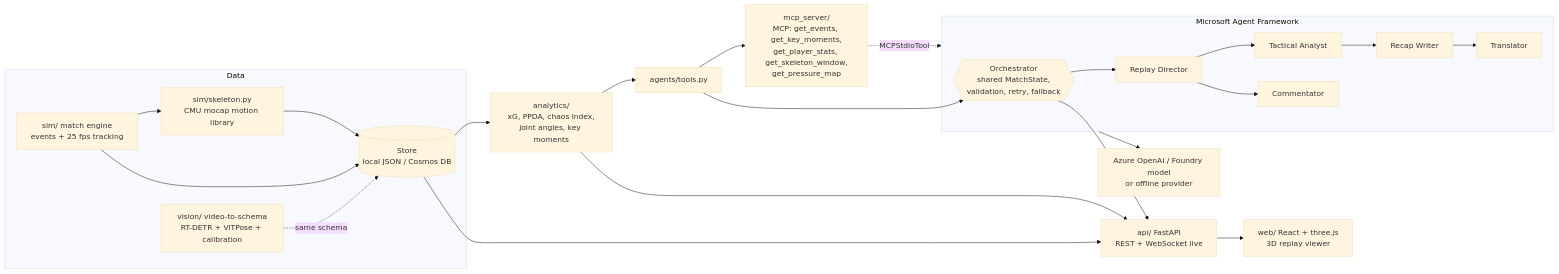
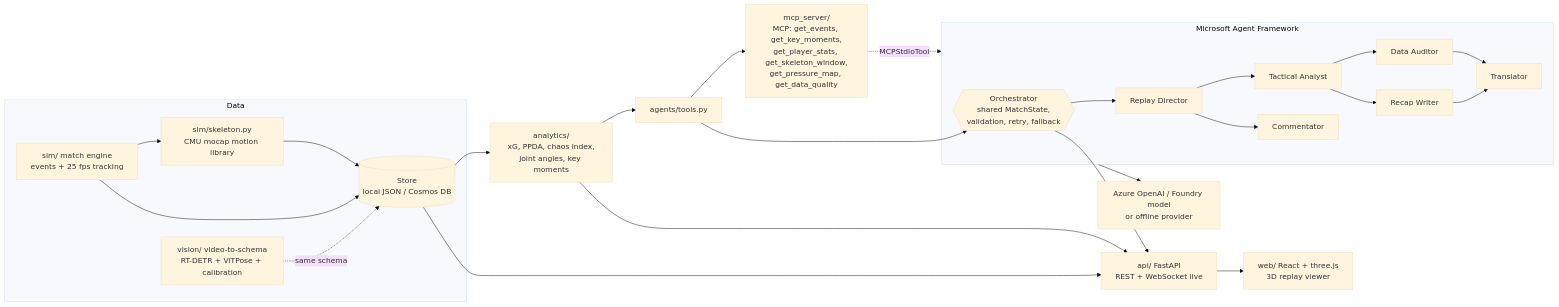
One commit to conradgarnett/microsoft-premier-league changed the diagram in README.md. Above: the diagram before and after it, drawn with Mermaid (base theme). The commit also changed other lines of this file and 9 other files, not shown here.

First line of the commit message:
Add a Data Auditor agent: provenance and coverage behind every match's claims

````diff
--- a/README.md
+++ b/README.md
@@ -31,27 +31,29 @@
 ```mermaid
 flowchart LR
   subgraph Data
     SIM[sim/ match engine<br/>events + 25 fps tracking] --> SKEL[sim/skeleton.py<br/>CMU mocap motion library]
     VID[vision/ video-to-schema<br/>RT-DETR + ViTPose + calibration] -.same schema.-> STORE
     SIM --> STORE[(Store<br/>local JSON / Cosmos DB)]
     SKEL --> STORE
   end
   STORE --> AN[analytics/<br/>xG, PPDA, chaos index,<br/>joint angles, key moments]
   AN --> TOOLS[agents/tools.py]
-  TOOLS --> MCP[mcp_server/<br/>MCP: get_events, get_key_moments,<br/>get_player_stats, get_skeleton_window,<br/>get_pressure_map]
+  TOOLS --> MCP[mcp_server/<br/>MCP: get_events, get_key_moments,<br/>get_player_stats, get_skeleton_window,<br/>get_pressure_map, get_data_quality]
   subgraph Agents [Microsoft Agent Framework]
     ORC{{Orchestrator<br/>shared MatchState,<br/>validation, retry, fallback}}
     ORC --> DIR[Replay Director]
     DIR --> ANA[Tactical Analyst]
     DIR --> COM[Commentator]
     ANA --> REC[Recap Writer]
+    ANA --> AUD[Data Auditor]
     REC --> TRA[Translator]
+    AUD --> TRA
   end
   TOOLS --> ORC
   MCP -. MCPStdioTool .-> Agents
   Agents --> LLM[Azure OpenAI / Foundry model<br/>or offline provider]
   STORE --> API[api/ FastAPI<br/>REST + WebSocket live]
   AN --> API
   ORC --> API
   API --> WEB[web/ React + three.js<br/>3D replay viewer]
 ```
````
